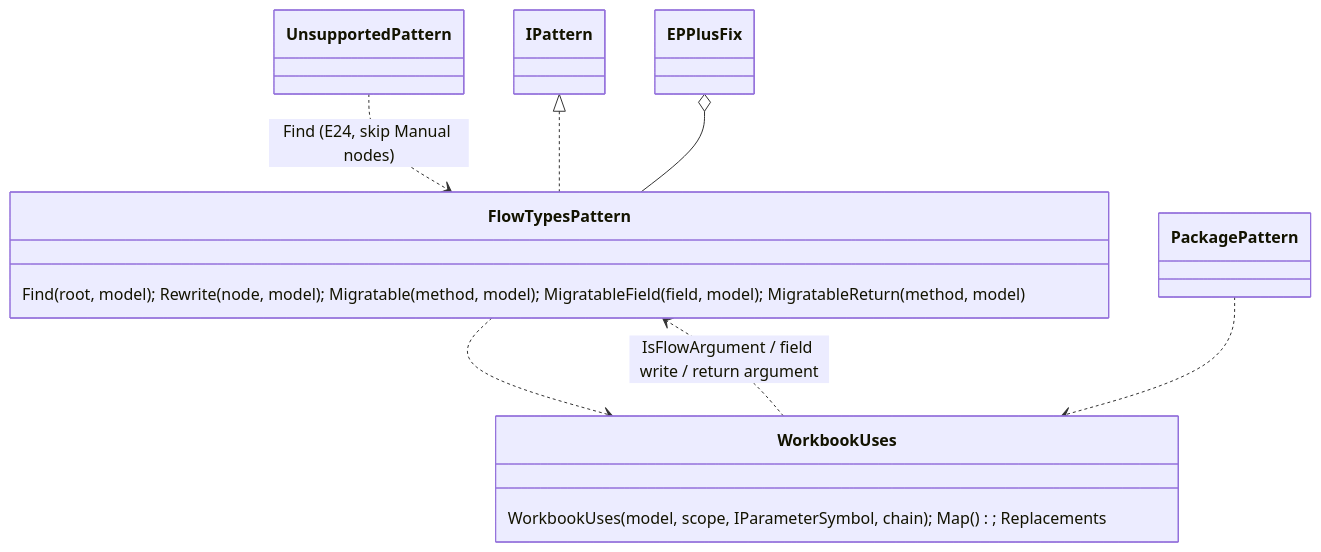
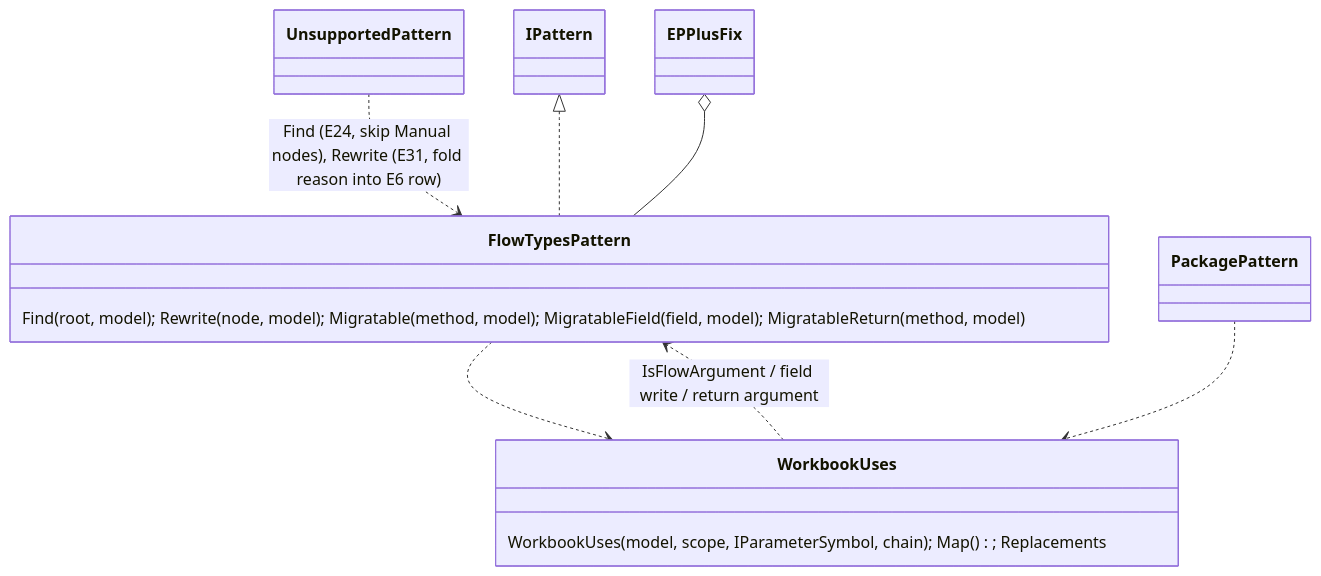
The first of 3 diagrams in docs/projectinfo/patterns/epplus-flow-types-modellen.md (ATkingma/unshackle), drawn with Mermaid before and after one commit. The commit also changed 16 other files, not shown here.

Commit message:
EPPlus flow rows: helper-added rename Manual, one E6 row per node, failing member named (TAAK-346, council 18 E27/E29/E31/E32)

````diff
--- a/docs/projectinfo/patterns/epplus-flow-types-modellen.md
+++ b/docs/projectinfo/patterns/epplus-flow-types-modellen.md
@@ -7,14 +7,14 @@
 ```mermaid
 classDiagram
     class IPattern
     class FlowTypesPattern { Find(root, model); Rewrite(node, model); Migratable(method, model); MigratableField(field, model); MigratableReturn(method, model) }
     class WorkbookUses { WorkbookUses(model, scope, IParameterSymbol, chain); Map(); Replacements }
     class UnsupportedPattern
-    UnsupportedPattern ..> FlowTypesPattern : Find (E24, skip Manual nodes)
+    UnsupportedPattern ..> FlowTypesPattern : Find (E24, skip Manual nodes), Rewrite (E31, fold reason into E6 row)
     class PackagePattern
     IPattern <|.. FlowTypesPattern
     FlowTypesPattern ..> WorkbookUses
     PackagePattern ..> WorkbookUses
     WorkbookUses ..> FlowTypesPattern : IsFlowArgument / field write / return argument
     EPPlusFix o-- FlowTypesPattern
 ```
````
